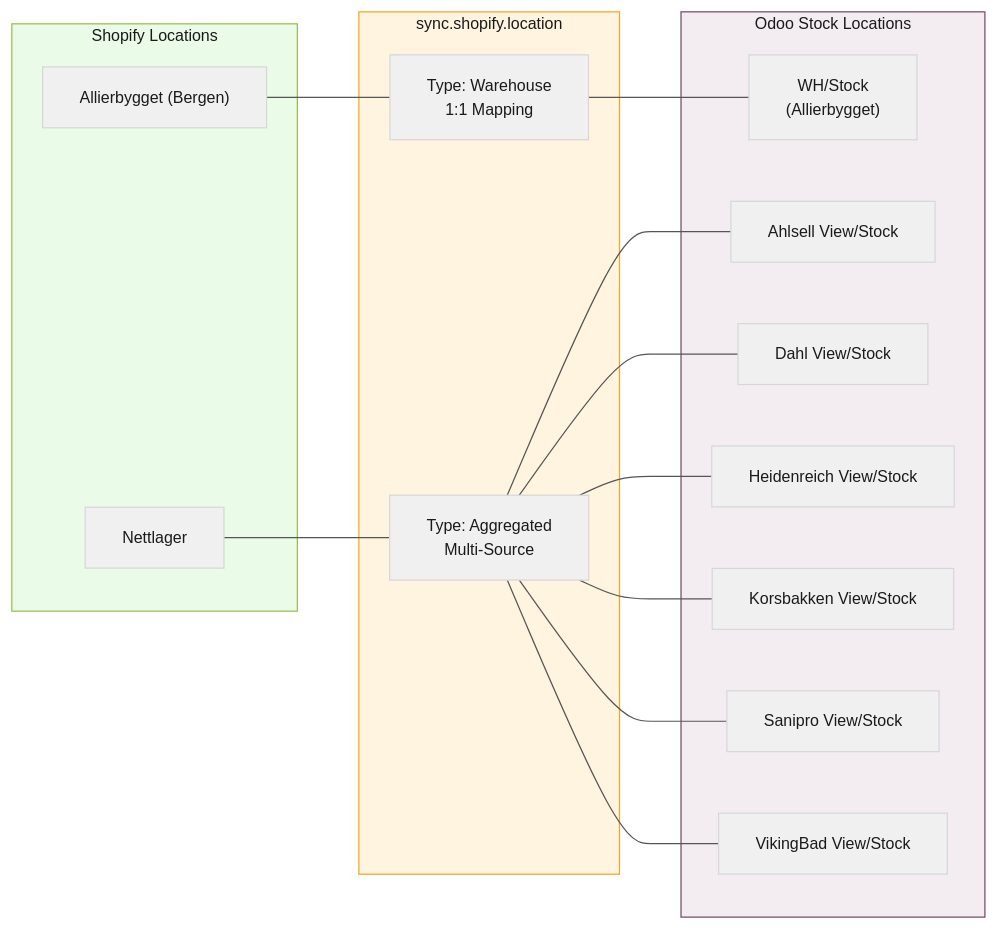
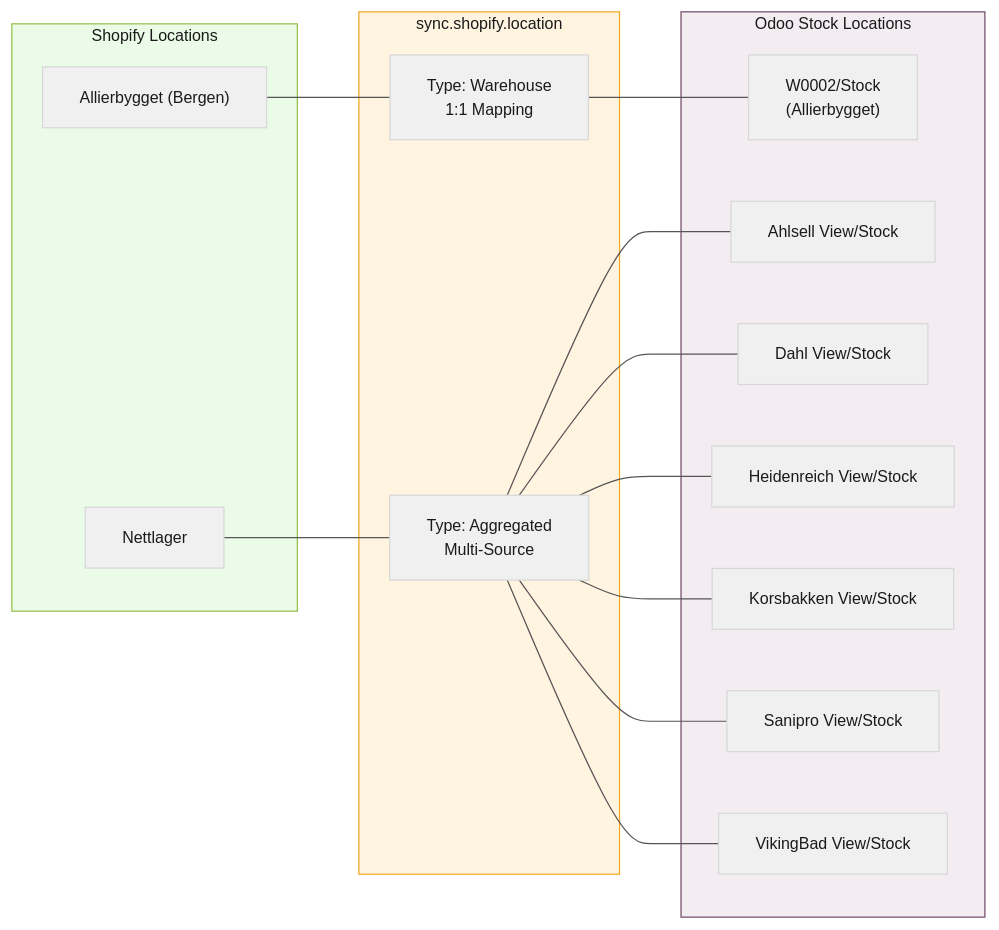
Before and after one commit to ozan-droid/documents: the fifth of 16 diagrams in shopify-sync-odoo-scenarios.md, drawn with Mermaid. The commit also changed other lines of this file, not shown here.

````diff
--- a/shopify-sync-odoo-scenarios.md
+++ b/shopify-sync-odoo-scenarios.md
@@ -225,36 +225,36 @@
 ```mermaid
 %%{init: {'theme': 'base', 'themeVariables': {'primaryColor': '#f0f0f0', 'primaryTextColor': '#1a1a1a', 'lineColor': '#555', 'textColor': '#1a1a1a', 'fontSize': '13px'}}}%%
 flowchart LR
     subgraph Shopify ["Shopify Locations"]
         SA["Allierbygget (Bergen)"]
         SN["Nettlager"]
     end
 
     subgraph Mapping ["sync.shopify.location"]
         M1["Type: Warehouse\n1:1 Mapping"]
         M2["Type: Aggregated\nMulti-Source"]
     end
 
     subgraph Odoo ["Odoo Stock Locations"]
-        OW["WH/Stock\n(Allierbygget)"]
+        OW["W0002/Stock\n(Allierbygget)"]
         OA["Ahlsell View/Stock"]
         OD["Dahl View/Stock"]
         OH["Heidenreich View/Stock"]
         OK["Korsbakken View/Stock"]
         OS["Sanipro View/Stock"]
         OV["VikingBad View/Stock"]
     end
 
     SA --- M1 --- OW
     SN --- M2
     M2 --- OA
     M2 --- OD
     M2 --- OH
     M2 --- OK
     M2 --- OS
     M2 --- OV
 
     style Shopify fill:#eafbe7,stroke:#96bf48,color:#1a1a1a
     style Mapping fill:#fff4e0,stroke:#f5a623,color:#1a1a1a
     style Odoo fill:#f3edf2,stroke:#714b67,color:#1a1a1a
 ```
````
